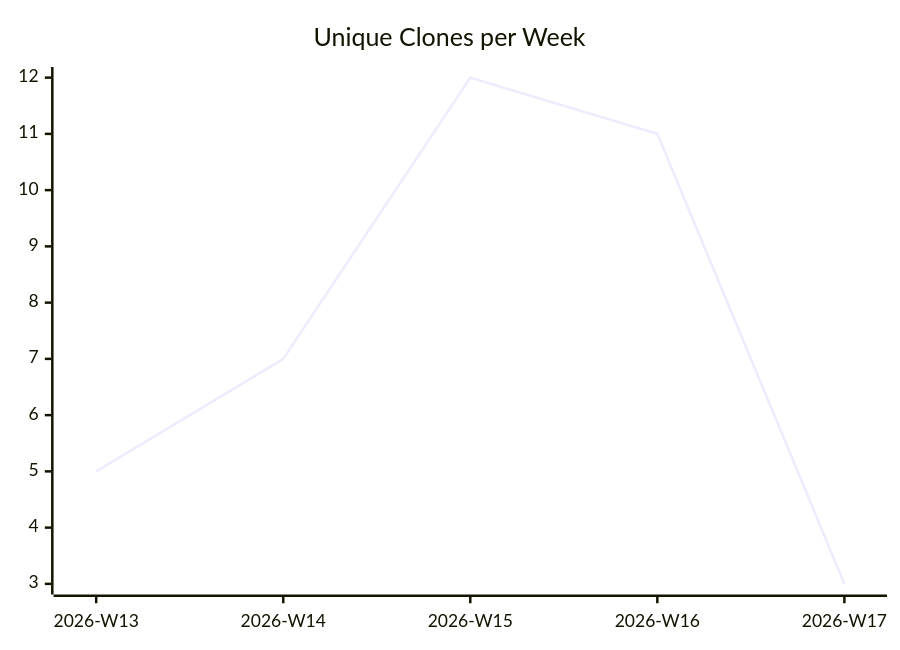
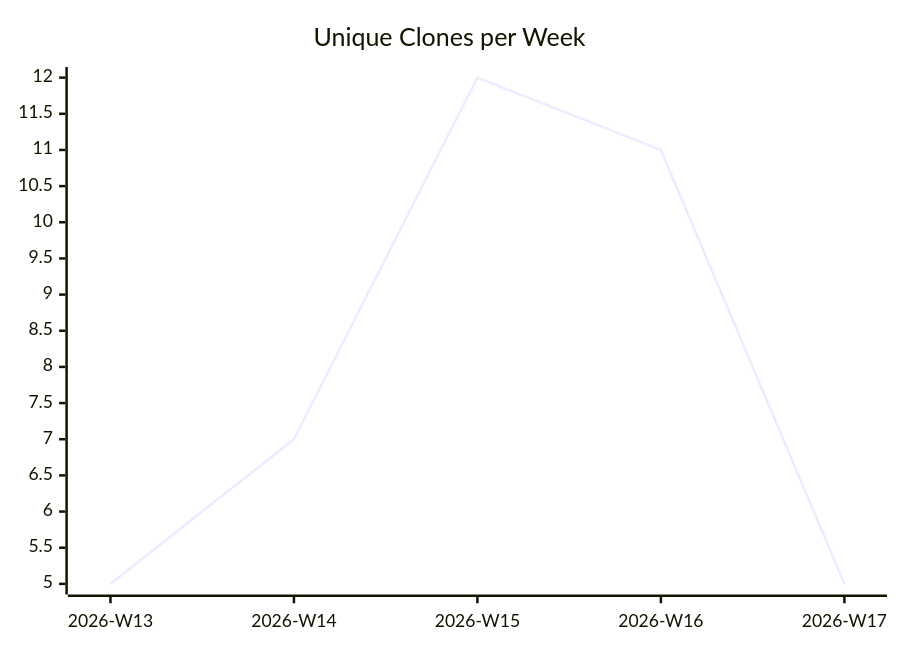
The third of 3 diagrams in karlmdavis/fhir-benchmarks/README.md (justdavis-family/github-analytics-data), drawn with Mermaid before and after one commit. The commit also changed other lines of this file and 185 other files, not shown here.

````diff
--- a/karlmdavis/fhir-benchmarks/README.md
+++ b/karlmdavis/fhir-benchmarks/README.md
@@ -19,6 +19,6 @@
 ```mermaid
 xychart-beta
   title "Unique Clones per Week"
   x-axis ["2026-W13", "2026-W14", "2026-W15", "2026-W16", "2026-W17"]
-  line [5, 7, 12, 11, 3]
+  line [5, 7, 12, 11, 5]
 ```
````
